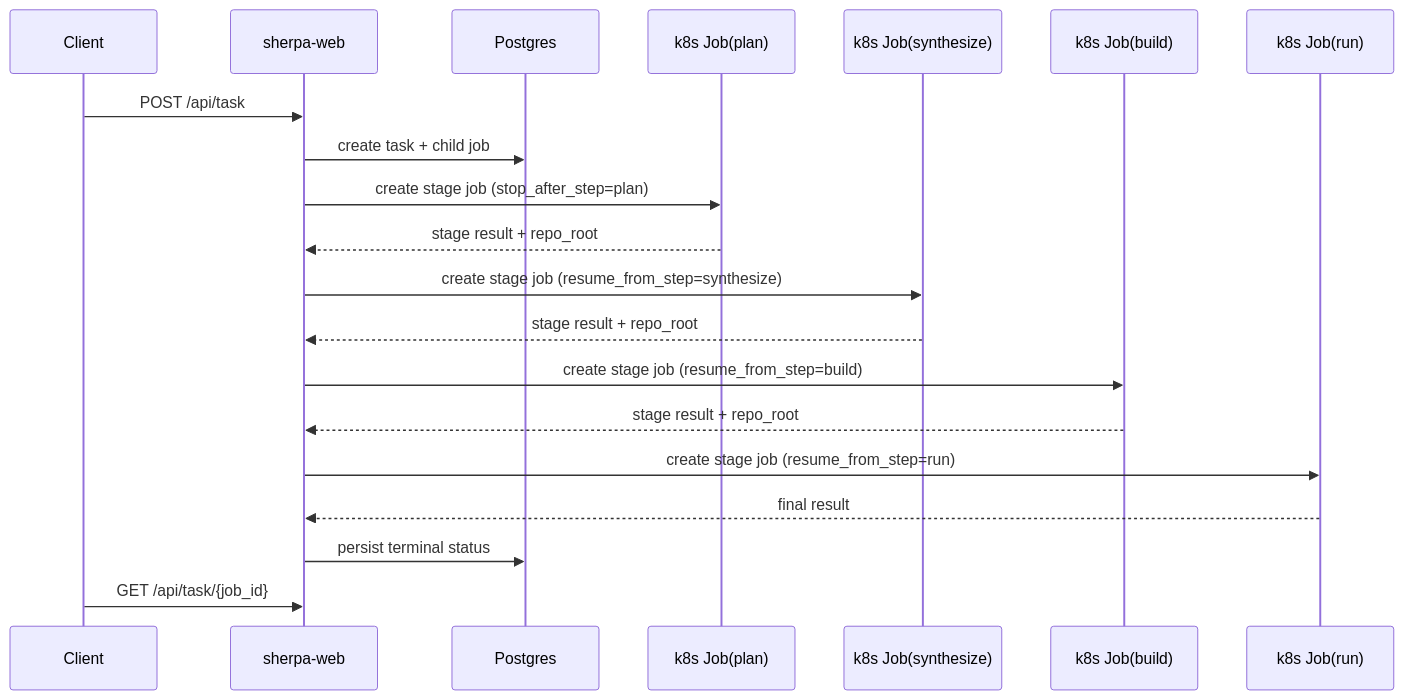
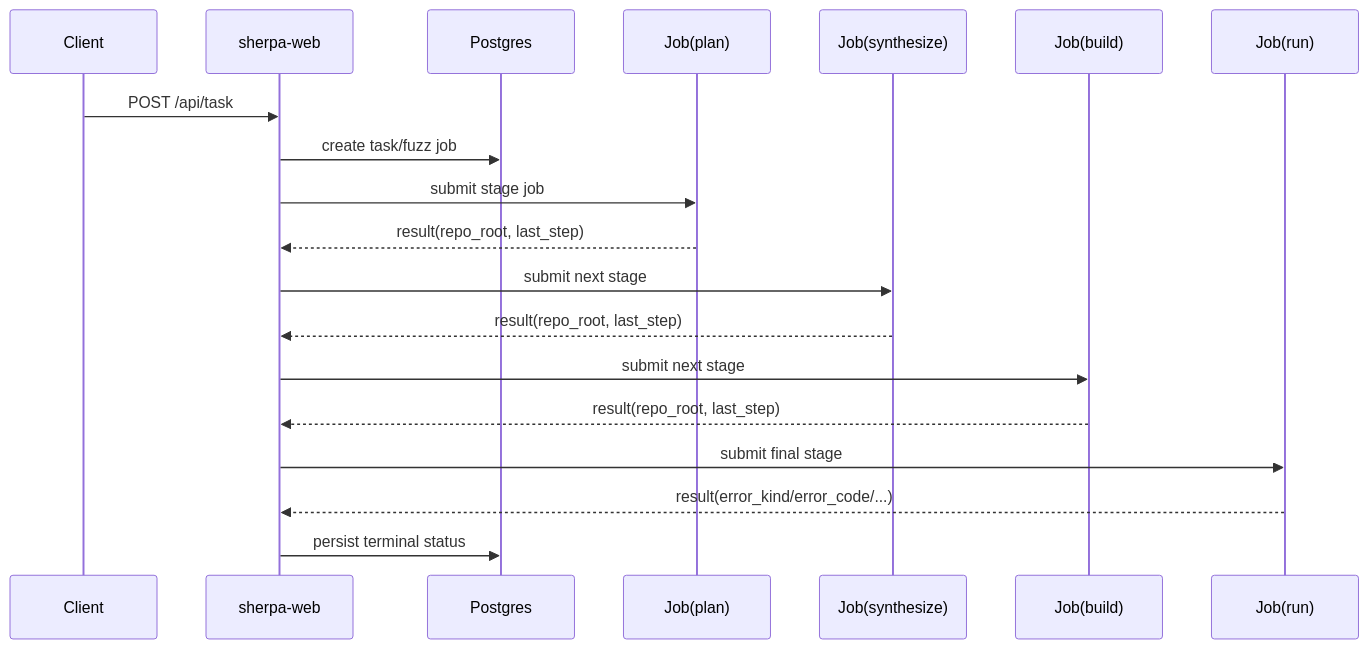
Before and after one commit to ZUENS2020/Sherpa: the second of 5 diagrams in README.md, drawn with Mermaid. The commit also changed other lines of this file, not shown here.

Commit message:
Expand docs details and diagrams

````diff
--- a/README.md
+++ b/README.md
@@ -47,23 +55,22 @@
 ```mermaid
 sequenceDiagram
   participant C as Client
   participant A as sherpa-web
   participant D as Postgres
-  participant J1 as k8s Job(plan)
-  participant J2 as k8s Job(synthesize)
-  participant J3 as k8s Job(build)
-  participant J4 as k8s Job(run)
+  participant P as Job(plan)
+  participant S as Job(synthesize)
+  participant B as Job(build)
+  participant R as Job(run)
 
   C->>A: POST /api/task
-  A->>D: create task + child job
-  A->>J1: create stage job (stop_after_step=plan)
-  J1-->>A: stage result + repo_root
-  A->>J2: create stage job (resume_from_step=synthesize)
-  J2-->>A: stage result + repo_root
-  A->>J3: create stage job (resume_from_step=build)
-  J3-->>A: stage result + repo_root
-  A->>J4: create stage job (resume_from_step=run)
-  J4-->>A: final result
+  A->>D: create task/fuzz job
+  A->>P: submit stage job
+  P-->>A: result(repo_root, last_step)
+  A->>S: submit next stage
+  S-->>A: result(repo_root, last_step)
+  A->>B: submit next stage
+  B-->>A: result(repo_root, last_step)
+  A->>R: submit final stage
+  R-->>A: result(error_kind/error_code/...)
   A->>D: persist terminal status
-  C->>A: GET /api/task/{job_id}
 ```
````
